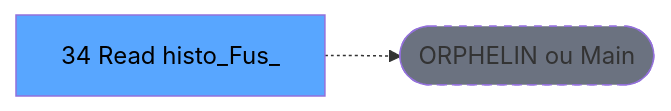
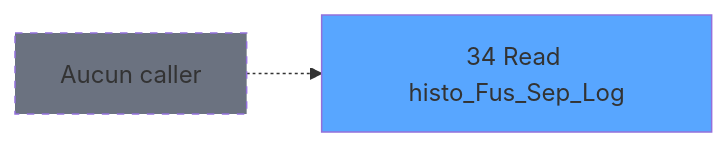
Before and after one commit to thonyAGP/lecteur-magic: the second of 3 diagrams in .openspec/specs/ADH-IDE-34.md, drawn with Mermaid. The commit also changed other lines of this file and 96 other files, not shown here.

````diff
--- a/.openspec/specs/ADH-IDE-34.md
+++ b/.openspec/specs/ADH-IDE-34.md
@@ -117,8 +139,8 @@
 ```mermaid
 graph LR
-    T[34 Read histo_Fus_]
-    ORPHAN([ORPHELIN ou Main])
-    T -.-> ORPHAN
-    style T fill:#58a6ff,color:#000
-    style ORPHAN fill:#6b7280,stroke-dasharray: 5 5
+    T34[34 Read histo_Fus_Sep_Log]
+    style T34 fill:#58a6ff
+    NONE[Aucun caller]
+    NONE -.-> T34
+    style NONE fill:#6b7280,stroke-dasharray: 5 5
 ```
````
